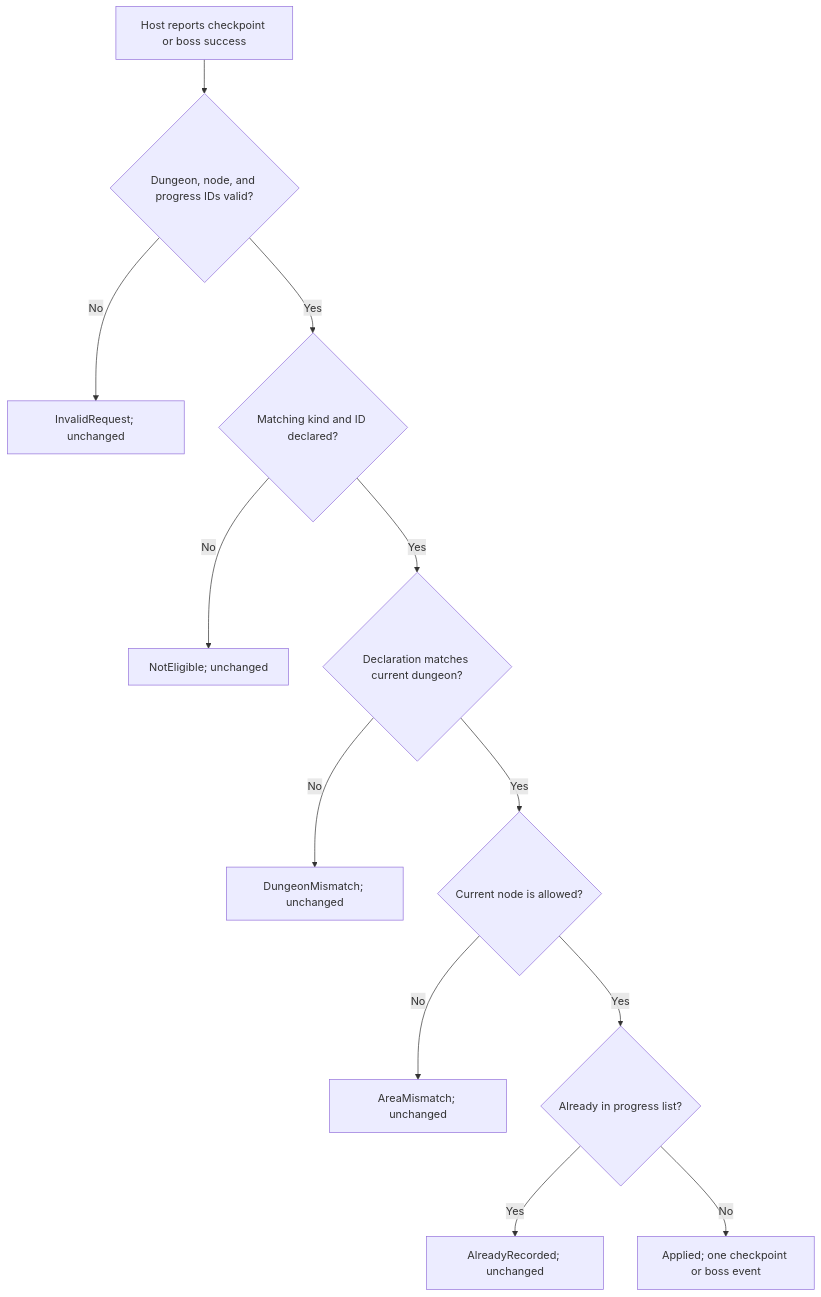
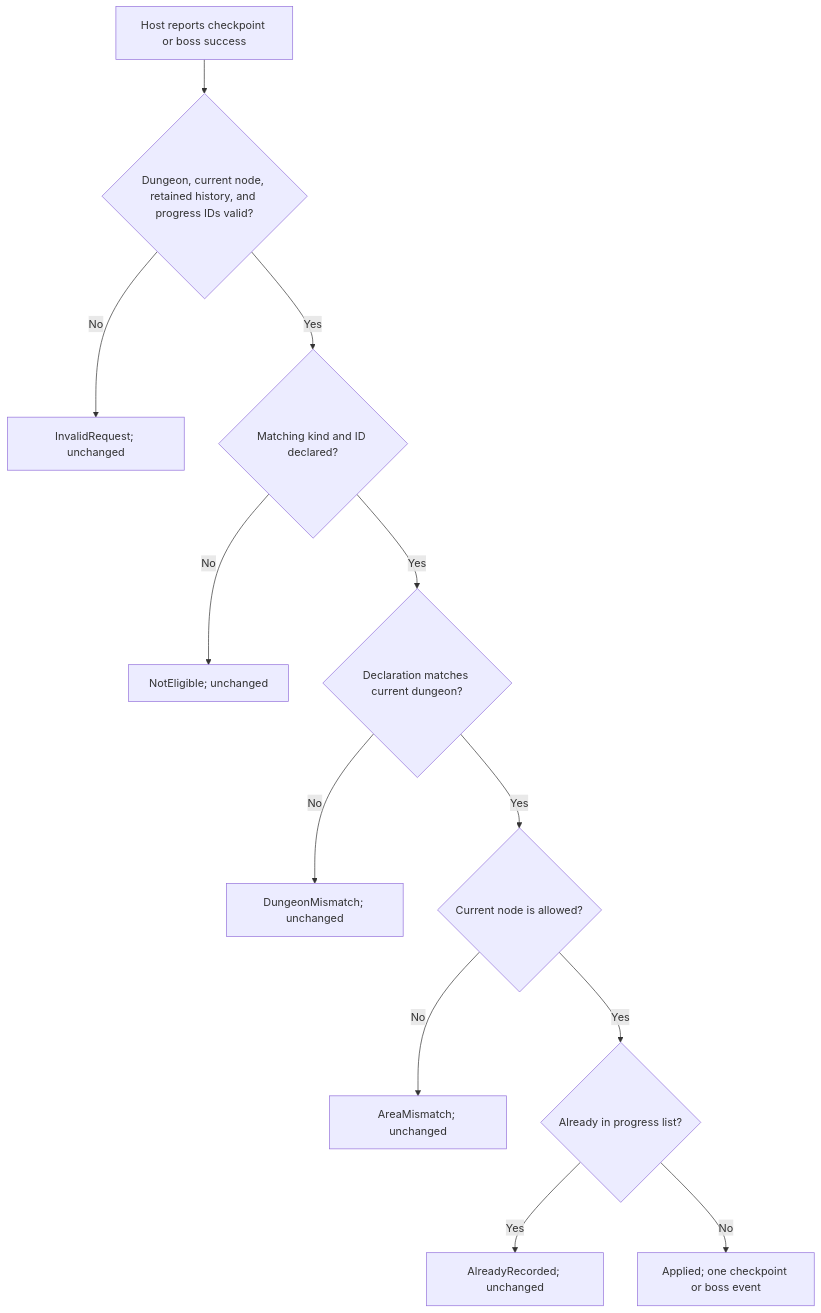
Before and after one commit to KayelC/Convergence: the second of 3 diagrams in docs/technical/dungeon-traversal-runtime.md, drawn with Mermaid. The commit also changed other lines of this file and 16 other files, not shown here.

````diff
--- a/docs/technical/dungeon-traversal-runtime.md
+++ b/docs/technical/dungeon-traversal-runtime.md
@@ -53,14 +60,14 @@
 ```mermaid
 flowchart TD
-    A[Host reports checkpoint or boss success] --> B{Dungeon, node, and progress IDs valid?}
+    A[Host reports checkpoint or boss success] --> B{Dungeon, current node, retained history, and progress IDs valid?}
     B -- No --> C[InvalidRequest; unchanged]
     B -- Yes --> D{Matching kind and ID declared?}
     D -- No --> E[NotEligible; unchanged]
     D -- Yes --> F{Declaration matches current dungeon?}
     F -- No --> G[DungeonMismatch; unchanged]
     F -- Yes --> H{Current node is allowed?}
     H -- No --> I[AreaMismatch; unchanged]
     H -- Yes --> J{Already in progress list?}
     J -- Yes --> K[AlreadyRecorded; unchanged]
     J -- No --> L[Applied; one checkpoint or boss event]
 ```
````
